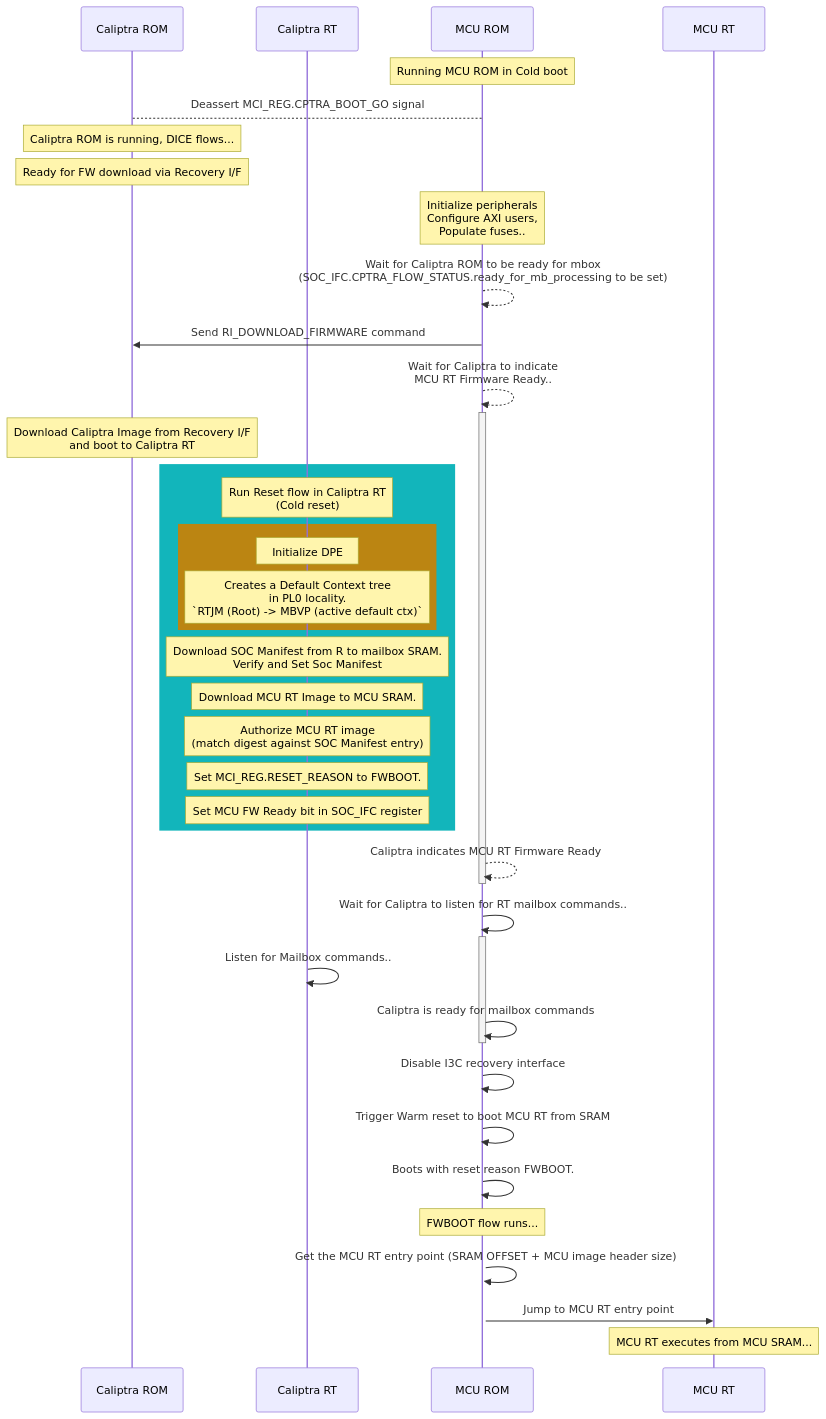
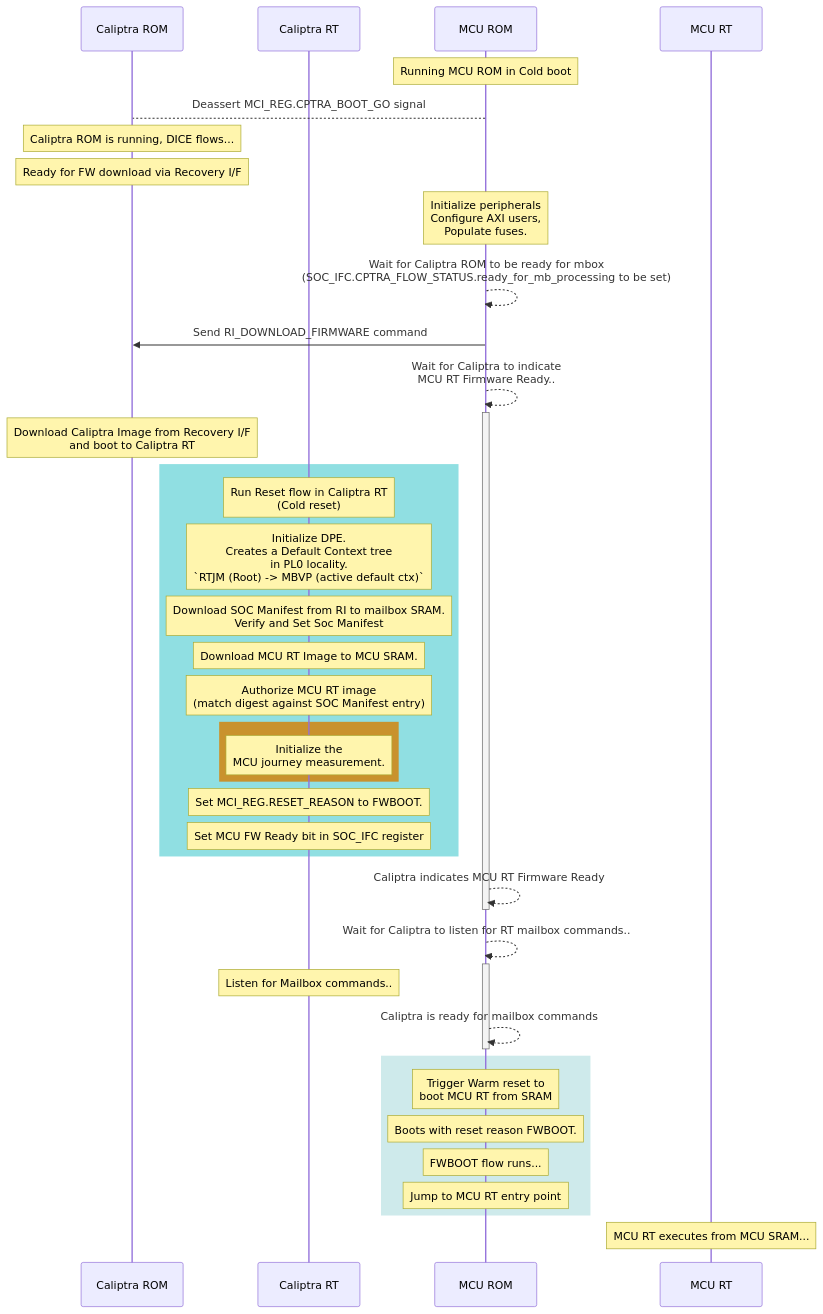
Before and after one commit to chipsalliance/caliptra-mcu-sw: the first of 2 diagrams in docs/src/measurements.md, drawn with Mermaid. The commit also changed other lines of this file, not shown here.

````diff
--- a/docs/src/measurements.md
+++ b/docs/src/measurements.md
@@ -7,43 +7,39 @@
 ```mermaid
 sequenceDiagram
     participant Caliptra ROM
     participant Caliptra RT
-    %% participant MCI REG
-    %% participant Recovery I/F
-    %% participant DPE
     participant MCU ROM
     participant MCU RT
     Note over MCU ROM: Running MCU ROM in Cold boot
     MCU ROM --> Caliptra ROM: Deassert MCI_REG.CPTRA_BOOT_GO signal
     Note over Caliptra ROM: Caliptra ROM is running, DICE flows...
     Note over Caliptra ROM: Ready for FW download via Recovery I/F
-    Note over MCU ROM: Initialize peripherals <br/> Configure AXI users, <br/> Populate fuses..
+    Note over MCU ROM: Initialize peripherals <br/> Configure AXI users, <br/> Populate fuses.
     MCU ROM -->> MCU ROM :Wait for Caliptra ROM to be ready for mbox<br/> (SOC_IFC.CPTRA_FLOW_STATUS.ready_for_mb_processing to be set)
     MCU ROM ->> Caliptra ROM: Send RI_DOWNLOAD_FIRMWARE command
     MCU ROM -->>+ MCU ROM: Wait for Caliptra to indicate <br/> MCU RT Firmware Ready..
     Note over Caliptra ROM: Download Caliptra Image from Recovery I/F <br/>and boot to Caliptra RT
-    rect rgba(18, 181, 187, 1)
+    rect rgba(144, 223, 226, 1)
     Note over Caliptra RT: Run Reset flow in Caliptra RT<br/>(Cold reset)
-        rect rgba(187, 133, 18, 1)
-        Note over Caliptra RT: Initialize DPE
-        Note over Caliptra RT: Creates a Default Context tree <br/> in PL0 locality. <br/> `RTJM (Root) -> MBVP (active default ctx)`
-        end
-        Note over Caliptra RT: Download SOC Manifest from R to mailbox SRAM.<br/> Verify and Set Soc Manifest
-        %% end
-        Note over Caliptra RT: Download MCU RT Image to MCU SRAM.
-        note over Caliptra RT: Authorize MCU RT image <br/> (match digest against SOC Manifest entry)
+    Note over Caliptra RT: Initialize DPE. <br/> Creates a Default Context tree <br/> in PL0 locality. <br/> `RTJM (Root) -> MBVP (active default ctx)`
+    Note over Caliptra RT: Download SOC Manifest from RI to mailbox SRAM.<br/> Verify and Set Soc Manifest
+    Note over Caliptra RT: Download MCU RT Image to MCU SRAM.
+    note over Caliptra RT: Authorize MCU RT image <br/> (match digest against SOC Manifest entry)
+    rect rgba(201, 146, 45, 1)
+        Note over Caliptra RT: Initialize the <br/> MCU journey measurement.
+    end
     Note over Caliptra RT: Set MCI_REG.RESET_REASON to FWBOOT. 
     Note over Caliptra RT: Set MCU FW Ready bit in SOC_IFC register
     end
     MCU ROM -->>- MCU ROM: Caliptra indicates MCU RT Firmware Ready
-    MCU ROM ->>+ MCU ROM: Wait for Caliptra to listen for RT mailbox commands..
-    Caliptra RT ->> Caliptra RT: Listen for Mailbox commands..
-    MCU ROM ->>- MCU ROM: Caliptra is ready for mailbox commands
-    MCU ROM ->> MCU ROM: Disable I3C recovery interface
-    MCU ROM ->> MCU ROM: Trigger Warm reset to boot MCU RT from SRAM
-    MCU ROM ->>+ MCU ROM: Boots with reset reason FWBOOT.
-    note over MCU ROM : FWBOOT flow runs...
-    MCU ROM ->> MCU ROM: Get the MCU RT entry point (SRAM OFFSET + MCU image header size)
-    MCU ROM ->> MCU RT: Jump to MCU RT entry point
+    MCU ROM -->>+ MCU ROM: Wait for Caliptra to listen for RT mailbox commands..
+    Note over Caliptra RT: Listen for Mailbox commands..
+    MCU ROM -->>- MCU ROM: Caliptra is ready for mailbox commands
+    rect rgba(206, 234, 235, 1)
+        Note over MCU ROM: Trigger Warm reset to <br/> boot MCU RT from SRAM
+        Note over MCU ROM: Boots with reset reason FWBOOT.
+        note over MCU ROM: FWBOOT flow runs...
+        note over MCU ROM: Jump to MCU RT entry point
+    end
     Note over MCU RT: MCU RT executes from MCU SRAM...
 ```
````
